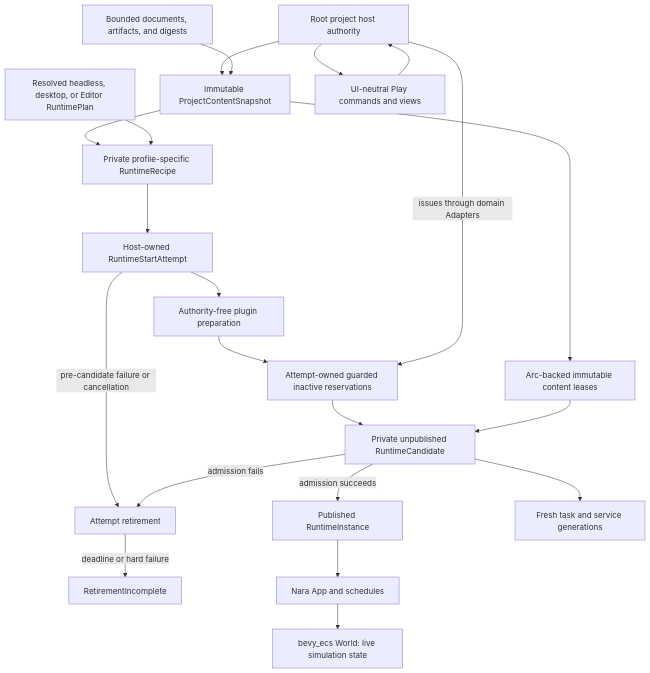
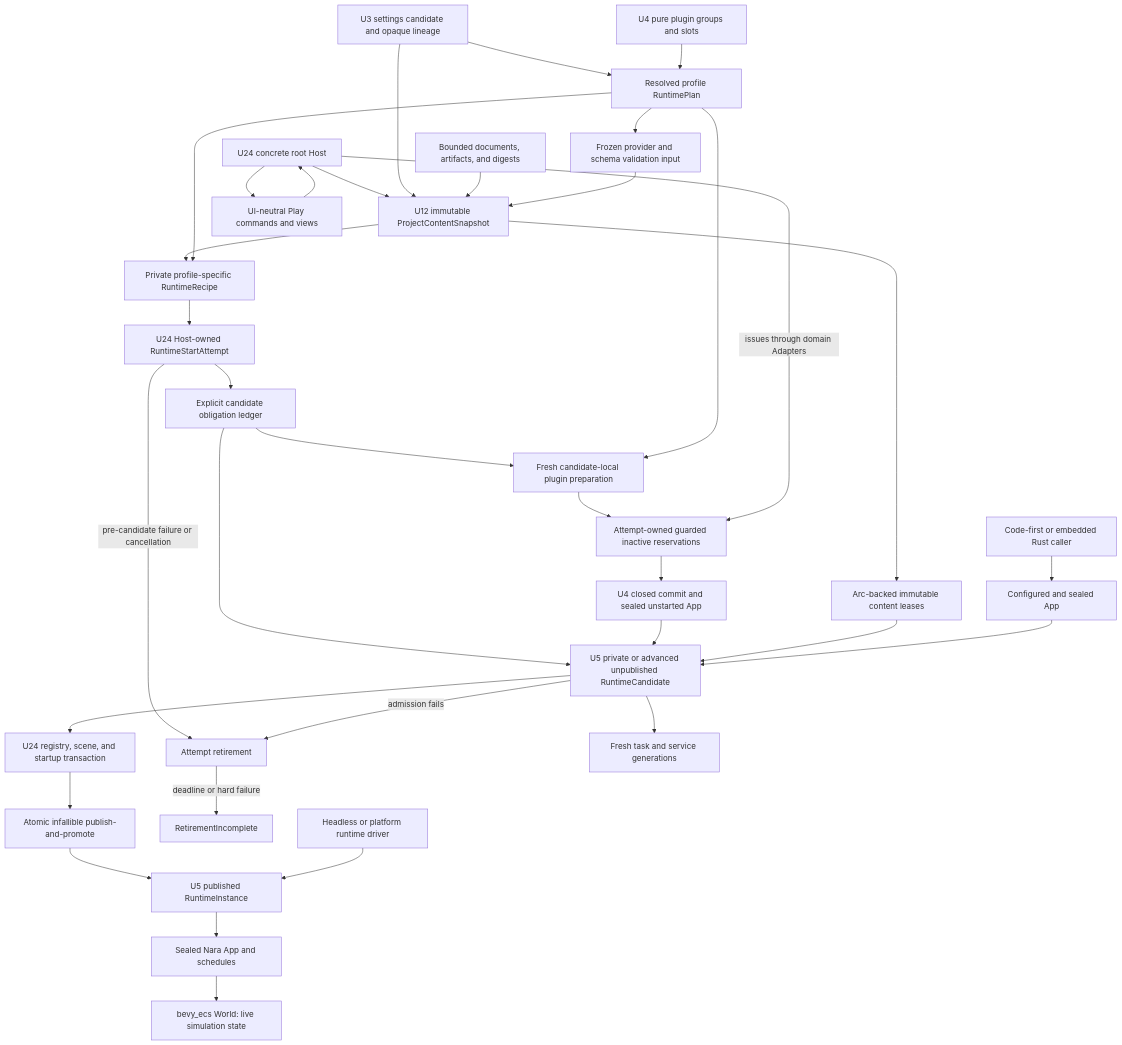
One commit to Latias94/nara changed the second of 9 diagrams in docs/plans/2026-07-12-001-refactor-reference-game-driven-foundation-plan.md. Above: the diagram before and after it, drawn with Mermaid. The commit also changed other lines of this file and 5 other files, not shown here.

First line of the commit message:
docs(architecture): refocus runtime host roadmap

````diff
--- a/docs/plans/2026-07-12-001-refactor-reference-game-driven-foundation-plan.md
+++ b/docs/plans/2026-07-12-001-refactor-reference-game-driven-foundation-plan.md
@@ -216,23 +223,37 @@
 ```mermaid
 flowchart TD
-    Host[Root project host authority] --> Snapshot[Immutable ProjectContentSnapshot]
+    Host[U24 concrete root Host] --> Snapshot[U12 immutable ProjectContentSnapshot]
+    Settings[U3 settings candidate and opaque lineage] --> Plan
+    Settings --> Snapshot
     Documents[Bounded documents, artifacts, and digests] --> Snapshot
+    Groups[U4 pure plugin groups and slots] --> Plan[Resolved profile RuntimePlan]
+    Plan --> Schema[Frozen provider and schema validation input]
+    Schema --> Snapshot
     Snapshot --> Recipe[Private profile-specific RuntimeRecipe]
+    Plan --> Recipe
     Snapshot --> Leases[Arc-backed immutable content leases]
-    Profile[Resolved headless, desktop, or Editor RuntimePlan] --> Recipe
-    Recipe --> Start[Host-owned RuntimeStartAttempt]
-    Start --> Prepare[Authority-free plugin preparation]
+    Recipe --> Start[U24 Host-owned RuntimeStartAttempt]
+    Start --> Ledger[Explicit candidate obligation ledger]
+    Ledger --> Prepare[Fresh candidate-local plugin preparation]
+    Plan --> Prepare
     Prepare --> Reserve[Attempt-owned guarded inactive reservations]
     Host -->|issues through domain Adapters| Reserve
-    Reserve --> Candidate[Private unpublished RuntimeCandidate]
-    Candidate -->|admission succeeds| Runtime[Published RuntimeInstance]
+    Reserve --> Commit[U4 closed commit and sealed unstarted App]
+    Ledger --> Candidate[U5 private or advanced unpublished RuntimeCandidate]
+    Commit --> Candidate
+    Candidate --> Startup[U24 registry, scene, and startup transaction]
+    Startup --> Publish[Atomic infallible publish-and-promote]
+    Publish --> Runtime[U5 published RuntimeInstance]
     Start -->|pre-candidate failure or cancellation| Retire[Attempt retirement]
     Candidate -->|admission fails| Retire
     Retire -->|deadline or hard failure| Incomplete[RetirementIncomplete]
-    Runtime --> App[Nara App and schedules]
+    Driver[Headless or platform runtime driver] --> Runtime
+    Runtime --> App[Sealed Nara App and schedules]
     App --> World[bevy_ecs World: live simulation state]
     Candidate --> Services[Fresh task and service generations]
     Leases --> Candidate
+    CodeFirst[Code-first or embedded Rust caller] --> Configured[Configured and sealed App]
+    Configured --> Candidate
     Tooling[UI-neutral Play commands and views] --> Host
     Host --> Tooling
 ```
````
